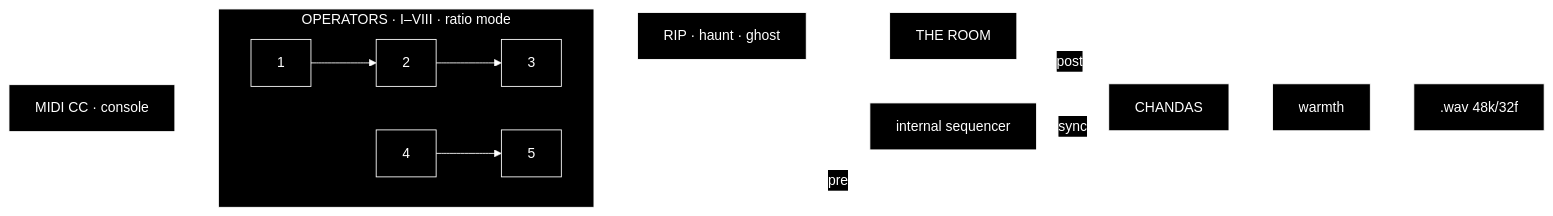
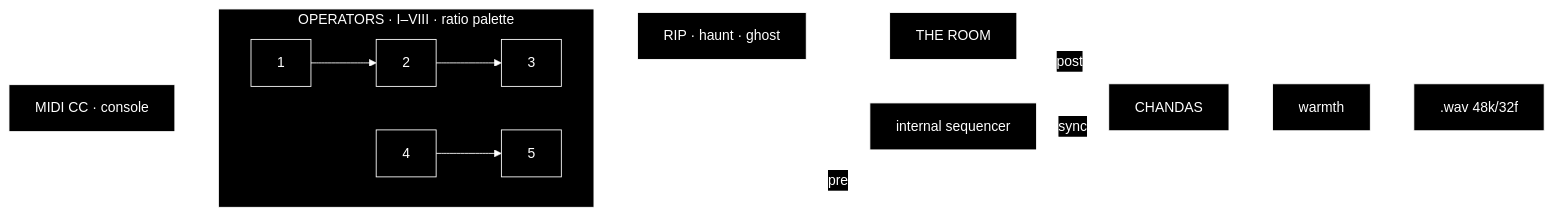
One commit to akindoflikeness/bypomono changed the diagram in README.md. Above: the diagram before and after it, drawn with Mermaid. The commit also changed other lines of this file and 17 other files, not shown here.

````diff
--- a/README.md
+++ b/README.md
@@ -135,18 +138,18 @@
 ```mermaid
 %%{init: {"theme":"base","themeVariables":{"primaryColor":"#000000","primaryTextColor":"#ffffff","primaryBorderColor":"#ffffff","lineColor":"#ffffff","secondaryColor":"#000000","tertiaryColor":"#000000","background":"#000000","clusterBkg":"#000000","clusterBorder":"#ffffff","edgeLabelBackground":"#000000"}}}%%
 flowchart LR
-  subgraph OPS["OPERATORS · I–VIII · ratio mode"]
+  subgraph OPS["OPERATORS · I–VIII · ratio palette"]
     direction LR
     O1["1"] --> O2["2"] --> O3["3"]
     O4["4"] --> O5["5"]
   end
   OPS --> RIP["RIP · haunt · ghost"]
   RIP --> ROOM["THE ROOM"]
   ROOM --> CH["CHANDAS"]
   OPS -. pre .-> CH
   ROOM -. post .-> CH
   SEQ["internal sequencer"] -. sync .-> CH
   CH --> W["warmth"]
   W --> OUT[".wav 48k/32f"]
   MIDI["MIDI CC · console"] -.-> OPS
 ```
````
